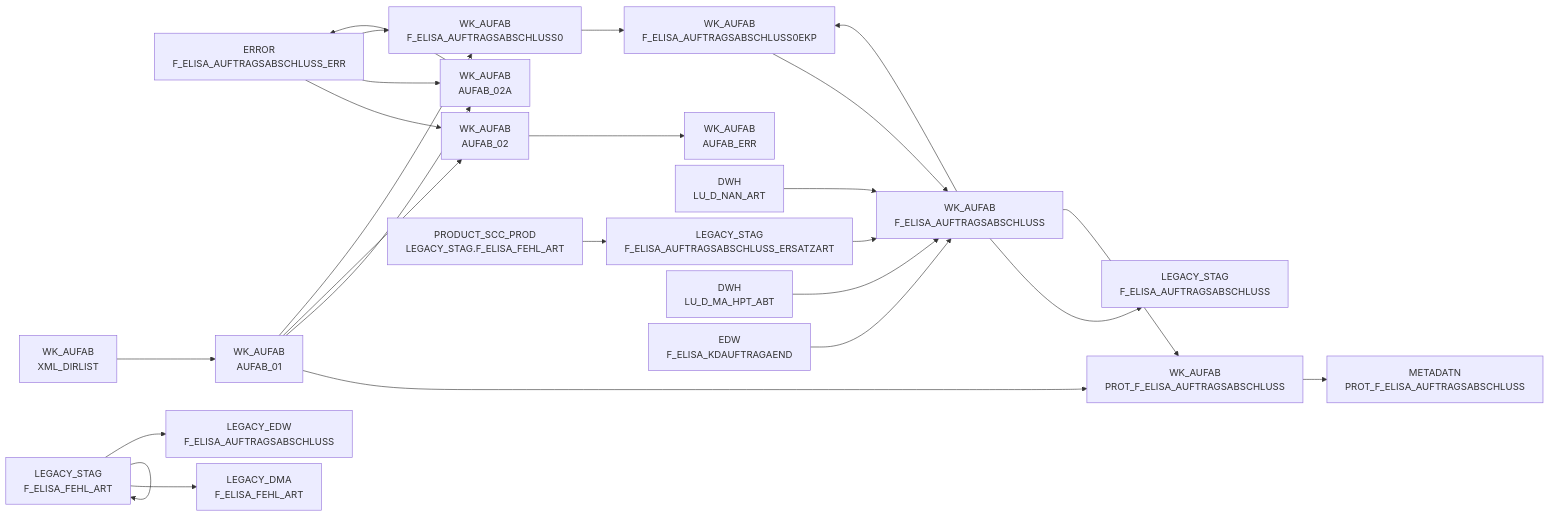
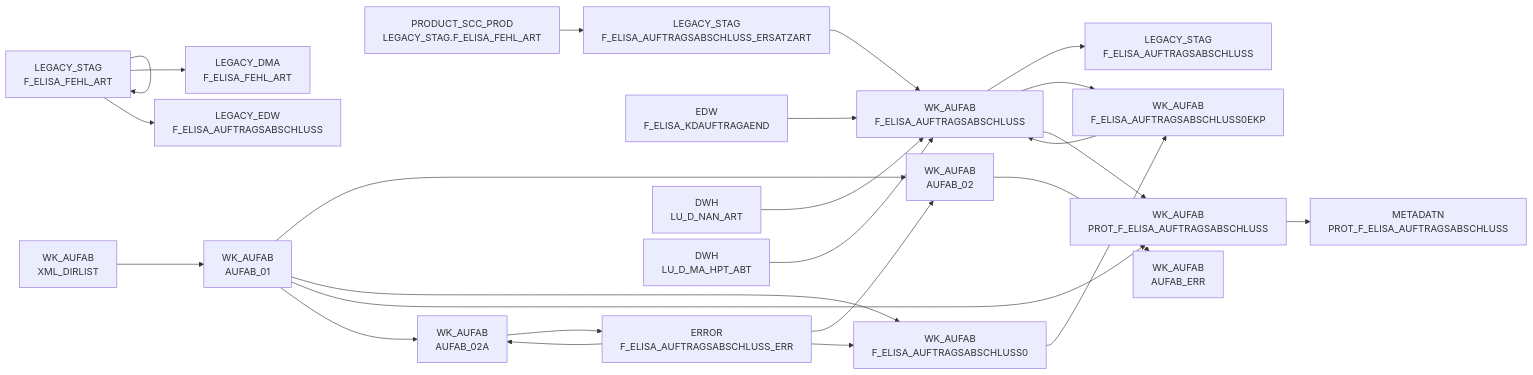
Before and after one commit to integration-factory-de/sas_code_docs: the diagram in docs/Applications/DWELISAAUFTRAB/index.md, drawn with Mermaid. The commit also changed other lines of this file and 129 other files, not shown here.

````diff
--- a/docs/Applications/DWELISAAUFTRAB/index.md
+++ b/docs/Applications/DWELISAAUFTRAB/index.md
@@ -27,82 +41,82 @@
 ```mermaid
 %%{init: {'flowchart': { 'nodeSpacing': 10, 'rankSpacing': 40, 'rankdir': 'TB' }}}%%
 
 flowchart LR
 
+  PRODUCT_SCC_PROD.LEGACY_STAG.F_ELISA_FEHL_ART["PRODUCT_SCC_PROD<br/>LEGACY_STAG.F_ELISA_FEHL_ART"] --> LEGACY_STAG.F_ELISA_AUFTRAGSABSCHLUSS_ERSATZART["LEGACY_STAG<br/>F_ELISA_AUFTRAGSABSCHLUSS_ERSATZART"]
+  WK_AUFAB.AUFAB_01["WK_AUFAB<br/>AUFAB_01"] --> WK_AUFAB.AUFAB_02["WK_AUFAB<br/>AUFAB_02"]
+  WK_AUFAB.AUFAB_01["WK_AUFAB<br/>AUFAB_01"] --> WK_AUFAB.F_ELISA_AUFTRAGSABSCHLUSS0["WK_AUFAB<br/>F_ELISA_AUFTRAGSABSCHLUSS0"]
+  EDW.F_ELISA_KDAUFTRAGAEND["EDW<br/>F_ELISA_KDAUFTRAGAEND"] --> WK_AUFAB.F_ELISA_AUFTRAGSABSCHLUSS["WK_AUFAB<br/>F_ELISA_AUFTRAGSABSCHLUSS"]
   ERROR.F_ELISA_AUFTRAGSABSCHLUSS_ERR["ERROR<br/>F_ELISA_AUFTRAGSABSCHLUSS_ERR"] --> WK_AUFAB.AUFAB_02["WK_AUFAB<br/>AUFAB_02"]
   WK_AUFAB.F_ELISA_AUFTRAGSABSCHLUSS0EKP["WK_AUFAB<br/>F_ELISA_AUFTRAGSABSCHLUSS0EKP"] --> WK_AUFAB.F_ELISA_AUFTRAGSABSCHLUSS["WK_AUFAB<br/>F_ELISA_AUFTRAGSABSCHLUSS"]
   WK_AUFAB.AUFAB_02["WK_AUFAB<br/>AUFAB_02"] --> WK_AUFAB.AUFAB_ERR["WK_AUFAB<br/>AUFAB_ERR"]
   DWH.LU_D_NAN_ART["DWH<br/>LU_D_NAN_ART"] --> WK_AUFAB.F_ELISA_AUFTRAGSABSCHLUSS["WK_AUFAB<br/>F_ELISA_AUFTRAGSABSCHLUSS"]
   WK_AUFAB.AUFAB_02A["WK_AUFAB<br/>AUFAB_02A"] --> ERROR.F_ELISA_AUFTRAGSABSCHLUSS_ERR["ERROR<br/>F_ELISA_AUFTRAGSABSCHLUSS_ERR"]
   LEGACY_STAG.F_ELISA_FEHL_ART["LEGACY_STAG<br/>F_ELISA_FEHL_ART"] --> LEGACY_STAG.F_ELISA_FEHL_ART["LEGACY_STAG<br/>F_ELISA_FEHL_ART"]
   LEGACY_STAG.F_ELISA_FEHL_ART["LEGACY_STAG<br/>F_ELISA_FEHL_ART"] --> LEGACY_DMA.F_ELISA_FEHL_ART["LEGACY_DMA<br/>F_ELISA_FEHL_ART"]
   LEGACY_STAG.F_ELISA_AUFTRAGSABSCHLUSS_ERSATZART["LEGACY_STAG<br/>F_ELISA_AUFTRAGSABSCHLUSS_ERSATZART"] --> WK_AUFAB.F_ELISA_AUFTRAGSABSCHLUSS["WK_AUFAB<br/>F_ELISA_AUFTRAGSABSCHLUSS"]
   WK_AUFAB.XML_DIRLIST["WK_AUFAB<br/>XML_DIRLIST"] --> WK_AUFAB.AUFAB_01["WK_AUFAB<br/>AUFAB_01"]
   WK_AUFAB.AUFAB_01["WK_AUFAB<br/>AUFAB_01"] --> WK_AUFAB.PROT_F_ELISA_AUFTRAGSABSCHLUSS["WK_AUFAB<br/>PROT_F_ELISA_AUFTRAGSABSCHLUSS"]
   ERROR.F_ELISA_AUFTRAGSABSCHLUSS_ERR["ERROR<br/>F_ELISA_AUFTRAGSABSCHLUSS_ERR"] --> WK_AUFAB.AUFAB_02A["WK_AUFAB<br/>AUFAB_02A"]
   WK_AUFAB.PROT_F_ELISA_AUFTRAGSABSCHLUSS["WK_AUFAB<br/>PROT_F_ELISA_AUFTRAGSABSCHLUSS"] --> METADATN.PROT_F_ELISA_AUFTRAGSABSCHLUSS["METADATN<br/>PROT_F_ELISA_AUFTRAGSABSCHLUSS"]
   WK_AUFAB.F_ELISA_AUFTRAGSABSCHLUSS["WK_AUFAB<br/>F_ELISA_AUFTRAGSABSCHLUSS"] --> LEGACY_STAG.F_ELISA_AUFTRAGSABSCHLUSS["LEGACY_STAG<br/>F_ELISA_AUFTRAGSABSCHLUSS"]
   ERROR.F_ELISA_AUFTRAGSABSCHLUSS_ERR["ERROR<br/>F_ELISA_AUFTRAGSABSCHLUSS_ERR"] --> WK_AUFAB.F_ELISA_AUFTRAGSABSCHLUSS0["WK_AUFAB<br/>F_ELISA_AUFTRAGSABSCHLUSS0"]
   LEGACY_STAG.F_ELISA_FEHL_ART["LEGACY_STAG<br/>F_ELISA_FEHL_ART"] --> LEGACY_EDW.F_ELISA_AUFTRAGSABSCHLUSS["LEGACY_EDW<br/>F_ELISA_AUFTRAGSABSCHLUSS"]
   WK_AUFAB.AUFAB_01["WK_AUFAB<br/>AUFAB_01"] --> WK_AUFAB.AUFAB_02A["WK_AUFAB<br/>AUFAB_02A"]
   WK_AUFAB.F_ELISA_AUFTRAGSABSCHLUSS["WK_AUFAB<br/>F_ELISA_AUFTRAGSABSCHLUSS"] --> WK_AUFAB.F_ELISA_AUFTRAGSABSCHLUSS0EKP["WK_AUFAB<br/>F_ELISA_AUFTRAGSABSCHLUSS0EKP"]
   DWH.LU_D_MA_HPT_ABT["DWH<br/>LU_D_MA_HPT_ABT"] --> WK_AUFAB.F_ELISA_AUFTRAGSABSCHLUSS["WK_AUFAB<br/>F_ELISA_AUFTRAGSABSCHLUSS"]
   WK_AUFAB.F_ELISA_AUFTRAGSABSCHLUSS["WK_AUFAB<br/>F_ELISA_AUFTRAGSABSCHLUSS"] --> WK_AUFAB.PROT_F_ELISA_AUFTRAGSABSCHLUSS["WK_AUFAB<br/>PROT_F_ELISA_AUFTRAGSABSCHLUSS"]
   WK_AUFAB.F_ELISA_AUFTRAGSABSCHLUSS0["WK_AUFAB<br/>F_ELISA_AUFTRAGSABSCHLUSS0"] --> WK_AUFAB.F_ELISA_AUFTRAGSABSCHLUSS0EKP["WK_AUFAB<br/>F_ELISA_AUFTRAGSABSCHLUSS0EKP"]
-  PRODUCT_SCC_PROD.LEGACY_STAG.F_ELISA_FEHL_ART["PRODUCT_SCC_PROD<br/>LEGACY_STAG.F_ELISA_FEHL_ART"] --> LEGACY_STAG.F_ELISA_AUFTRAGSABSCHLUSS_ERSATZART["LEGACY_STAG<br/>F_ELISA_AUFTRAGSABSCHLUSS_ERSATZART"]
-  WK_AUFAB.AUFAB_01["WK_AUFAB<br/>AUFAB_01"] --> WK_AUFAB.AUFAB_02["WK_AUFAB<br/>AUFAB_02"]
-  WK_AUFAB.AUFAB_01["WK_AUFAB<br/>AUFAB_01"] --> WK_AUFAB.F_ELISA_AUFTRAGSABSCHLUSS0["WK_AUFAB<br/>F_ELISA_AUFTRAGSABSCHLUSS0"]
-  EDW.F_ELISA_KDAUFTRAGAEND["EDW<br/>F_ELISA_KDAUFTRAGAEND"] --> WK_AUFAB.F_ELISA_AUFTRAGSABSCHLUSS["WK_AUFAB<br/>F_ELISA_AUFTRAGSABSCHLUSS"]
+  click PRODUCT_SCC_PROD.LEGACY_STAG.F_ELISA_FEHL_ART "../../tables/PRODUCT_SCC_PROD/LEGACY_STAG.F_ELISA_FEHL_ART"
+  click WK_AUFAB.AUFAB_01 "../../tables/WK_AUFAB/AUFAB_01"
+  click WK_AUFAB.AUFAB_01 "../../tables/WK_AUFAB/AUFAB_01"
+  click EDW.F_ELISA_KDAUFTRAGAEND "../../tables/EDW/F_ELISA_KDAUFTRAGAEND"
   click ERROR.F_ELISA_AUFTRAGSABSCHLUSS_ERR "../../tables/ERROR/F_ELISA_AUFTRAGSABSCHLUSS_ERR"
   click WK_AUFAB.F_ELISA_AUFTRAGSABSCHLUSS0EKP "../../tables/WK_AUFAB/F_ELISA_AUFTRAGSABSCHLUSS0EKP"
   click WK_AUFAB.AUFAB_02 "../../tables/WK_AUFAB/AUFAB_02"
   click DWH.LU_D_NAN_ART "../../tables/DWH/LU_D_NAN_ART"
   click WK_AUFAB.AUFAB_02A "../../tables/WK_AUFAB/AUFAB_02A"
   click LEGACY_STAG.F_ELISA_FEHL_ART "../../tables/LEGACY_STAG/F_ELISA_FEHL_ART"
   click LEGACY_STAG.F_ELISA_FEHL_ART "../../tables/LEGACY_STAG/F_ELISA_FEHL_ART"
   click LEGACY_STAG.F_ELISA_AUFTRAGSABSCHLUSS_ERSATZART "../../tables/LEGACY_STAG/F_ELISA_AUFTRAGSABSCHLUSS_ERSATZART"
   click WK_AUFAB.XML_DIRLIST "../../tables/WK_AUFAB/XML_DIRLIST"
   click WK_AUFAB.AUFAB_01 "../../tables/WK_AUFAB/AUFAB_01"
   click ERROR.F_ELISA_AUFTRAGSABSCHLUSS_ERR "../../tables/ERROR/F_ELISA_AUFTRAGSABSCHLUSS_ERR"
   click WK_AUFAB.PROT_F_ELISA_AUFTRAGSABSCHLUSS "../../tables/WK_AUFAB/PROT_F_ELISA_AUFTRAGSABSCHLUSS"
   click WK_AUFAB.F_ELISA_AUFTRAGSABSCHLUSS "../../tables/WK_AUFAB/F_ELISA_AUFTRAGSABSCHLUSS"
   click ERROR.F_ELISA_AUFTRAGSABSCHLUSS_ERR "../../tables/ERROR/F_ELISA_AUFTRAGSABSCHLUSS_ERR"
   click LEGACY_STAG.F_ELISA_FEHL_ART "../../tables/LEGACY_STAG/F_ELISA_FEHL_ART"
   click WK_AUFAB.AUFAB_01 "../../tables/WK_AUFAB/AUFAB_01"
   click WK_AUFAB.F_ELISA_AUFTRAGSABSCHLUSS "../../tables/WK_AUFAB/F_ELISA_AUFTRAGSABSCHLUSS"
   click DWH.LU_D_MA_HPT_ABT "../../tables/DWH/LU_D_MA_HPT_ABT"
   click WK_AUFAB.F_ELISA_AUFTRAGSABSCHLUSS "../../tables/WK_AUFAB/F_ELISA_AUFTRAGSABSCHLUSS"
   click WK_AUFAB.F_ELISA_AUFTRAGSABSCHLUSS0 "../../tables/WK_AUFAB/F_ELISA_AUFTRAGSABSCHLUSS0"
-  click PRODUCT_SCC_PROD.LEGACY_STAG.F_ELISA_FEHL_ART "../../tables/PRODUCT_SCC_PROD/LEGACY_STAG.F_ELISA_FEHL_ART"
-  click WK_AUFAB.AUFAB_01 "../../tables/WK_AUFAB/AUFAB_01"
-  click WK_AUFAB.AUFAB_01 "../../tables/WK_AUFAB/AUFAB_01"
-  click EDW.F_ELISA_KDAUFTRAGAEND "../../tables/EDW/F_ELISA_KDAUFTRAGAEND"
+  click LEGACY_STAG.F_ELISA_AUFTRAGSABSCHLUSS_ERSATZART "../../tables/LEGACY_STAG/F_ELISA_AUFTRAGSABSCHLUSS_ERSATZART"
+  click WK_AUFAB.AUFAB_02 "../../tables/WK_AUFAB/AUFAB_02"
+  click WK_AUFAB.F_ELISA_AUFTRAGSABSCHLUSS0 "../../tables/WK_AUFAB/F_ELISA_AUFTRAGSABSCHLUSS0"
+  click WK_AUFAB.F_ELISA_AUFTRAGSABSCHLUSS "../../tables/WK_AUFAB/F_ELISA_AUFTRAGSABSCHLUSS"
   click WK_AUFAB.AUFAB_02 "../../tables/WK_AUFAB/AUFAB_02"
   click WK_AUFAB.F_ELISA_AUFTRAGSABSCHLUSS "../../tables/WK_AUFAB/F_ELISA_AUFTRAGSABSCHLUSS"
   click WK_AUFAB.AUFAB_ERR "../../tables/WK_AUFAB/AUFAB_ERR"
   click WK_AUFAB.F_ELISA_AUFTRAGSABSCHLUSS "../../tables/WK_AUFAB/F_ELISA_AUFTRAGSABSCHLUSS"
   click ERROR.F_ELISA_AUFTRAGSABSCHLUSS_ERR "../../tables/ERROR/F_ELISA_AUFTRAGSABSCHLUSS_ERR"
   click LEGACY_STAG.F_ELISA_FEHL_ART "../../tables/LEGACY_STAG/F_ELISA_FEHL_ART"
   click LEGACY_DMA.F_ELISA_FEHL_ART "../../tables/LEGACY_DMA/F_ELISA_FEHL_ART"
   click WK_AUFAB.F_ELISA_AUFTRAGSABSCHLUSS "../../tables/WK_AUFAB/F_ELISA_AUFTRAGSABSCHLUSS"
   click WK_AUFAB.AUFAB_01 "../../tables/WK_AUFAB/AUFAB_01"
   click WK_AUFAB.PROT_F_ELISA_AUFTRAGSABSCHLUSS "../../tables/WK_AUFAB/PROT_F_ELISA_AUFTRAGSABSCHLUSS"
   click WK_AUFAB.AUFAB_02A "../../tables/WK_AUFAB/AUFAB_02A"
   click WK_AUFAB.F_ELISA_AUFTRAGSABSCHLUSS "../../tables/WK_AUFAB/F_ELISA_AUFTRAGSABSCHLUSS"
   click METADATN.PROT_F_ELISA_AUFTRAGSABSCHLUSS "../../tables/METADATN/PROT_F_ELISA_AUFTRAGSABSCHLUSS"
   click LEGACY_STAG.F_ELISA_AUFTRAGSABSCHLUSS "../../tables/LEGACY_STAG/F_ELISA_AUFTRAGSABSCHLUSS"
   click WK_AUFAB.XML_DIRLIST "../../tables/WK_AUFAB/XML_DIRLIST"
   click WK_AUFAB.F_ELISA_AUFTRAGSABSCHLUSS0 "../../tables/WK_AUFAB/F_ELISA_AUFTRAGSABSCHLUSS0"
   click WK_AUFAB.PROT_F_ELISA_AUFTRAGSABSCHLUSS "../../tables/WK_AUFAB/PROT_F_ELISA_AUFTRAGSABSCHLUSS"
   click LEGACY_EDW.F_ELISA_AUFTRAGSABSCHLUSS "../../tables/LEGACY_EDW/F_ELISA_AUFTRAGSABSCHLUSS"
   click WK_AUFAB.AUFAB_01 "../../tables/WK_AUFAB/AUFAB_01"
   click WK_AUFAB.AUFAB_02A "../../tables/WK_AUFAB/AUFAB_02A"
   click WK_AUFAB.F_ELISA_AUFTRAGSABSCHLUSS0EKP "../../tables/WK_AUFAB/F_ELISA_AUFTRAGSABSCHLUSS0EKP"
   click WK_AUFAB.F_ELISA_AUFTRAGSABSCHLUSS "../../tables/WK_AUFAB/F_ELISA_AUFTRAGSABSCHLUSS"
   click WK_AUFAB.PROT_F_ELISA_AUFTRAGSABSCHLUSS "../../tables/WK_AUFAB/PROT_F_ELISA_AUFTRAGSABSCHLUSS"
   click WK_AUFAB.F_ELISA_AUFTRAGSABSCHLUSS0EKP "../../tables/WK_AUFAB/F_ELISA_AUFTRAGSABSCHLUSS0EKP"
-  click LEGACY_STAG.F_ELISA_AUFTRAGSABSCHLUSS_ERSATZART "../../tables/LEGACY_STAG/F_ELISA_AUFTRAGSABSCHLUSS_ERSATZART"
-  click WK_AUFAB.AUFAB_02 "../../tables/WK_AUFAB/AUFAB_02"
-  click WK_AUFAB.F_ELISA_AUFTRAGSABSCHLUSS0 "../../tables/WK_AUFAB/F_ELISA_AUFTRAGSABSCHLUSS0"
-  click WK_AUFAB.F_ELISA_AUFTRAGSABSCHLUSS "../../tables/WK_AUFAB/F_ELISA_AUFTRAGSABSCHLUSS"
 ```
````
